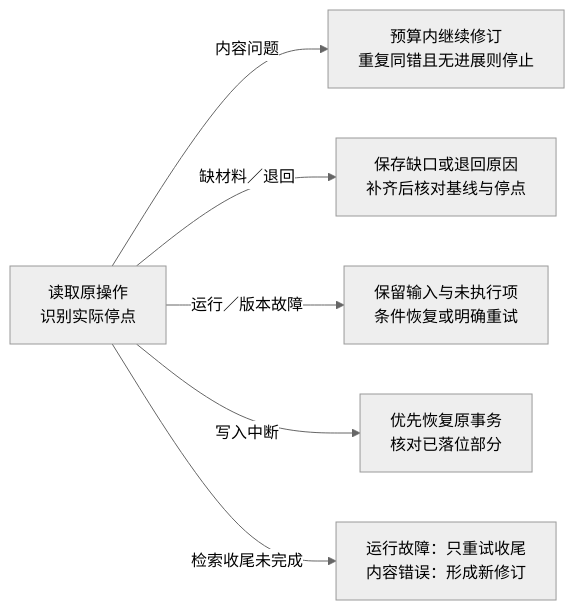
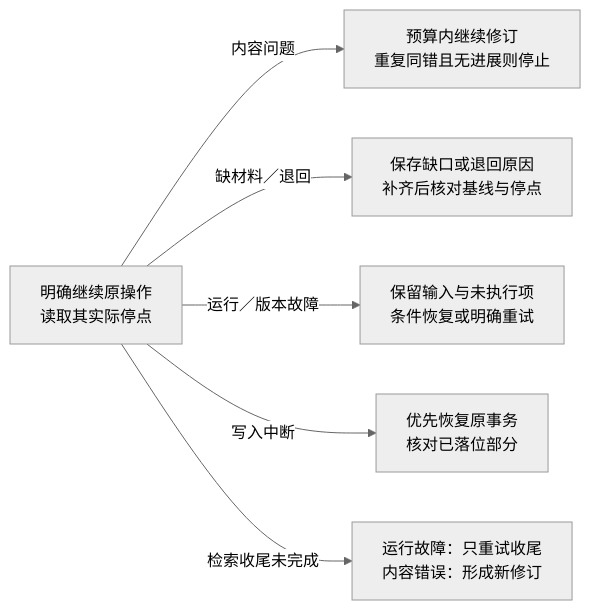
Diagram 26 of 27 in himate-knowledge-wifi-mp/docs-llm-wiki/知识库详细设计.md (Robin-hhc/FactumCore), drawn with Mermaid (neutral theme) before and after one commit. The commit also changed other lines of this file and 11 other files, not shown here.

````diff
--- a/himate-knowledge-wifi-mp/docs-llm-wiki/知识库详细设计.md
+++ b/himate-knowledge-wifi-mp/docs-llm-wiki/知识库详细设计.md
@@ -955,8 +967,8 @@
 ```mermaid
 flowchart LR
-    STATE["读取原操作<br/>识别实际停点"] -->|内容问题| REVISE["预算内继续修订<br/>重复同错且无进展则停止"]
+    STATE["明确继续原操作<br/>读取其实际停点"] -->|内容问题| REVISE["预算内继续修订<br/>重复同错且无进展则停止"]
     STATE -->|缺材料／退回| MATERIAL["保存缺口或退回原因<br/>补齐后核对基线与停点"]
     STATE -->|运行／版本故障| ENV["保留输入与未执行项<br/>条件恢复或明确重试"]
     STATE -->|写入中断| TX["优先恢复原事务<br/>核对已落位部分"]
     STATE -->|检索收尾未完成| TAIL["运行故障：只重试收尾<br/>内容错误：形成新修订"]
 ```
````
